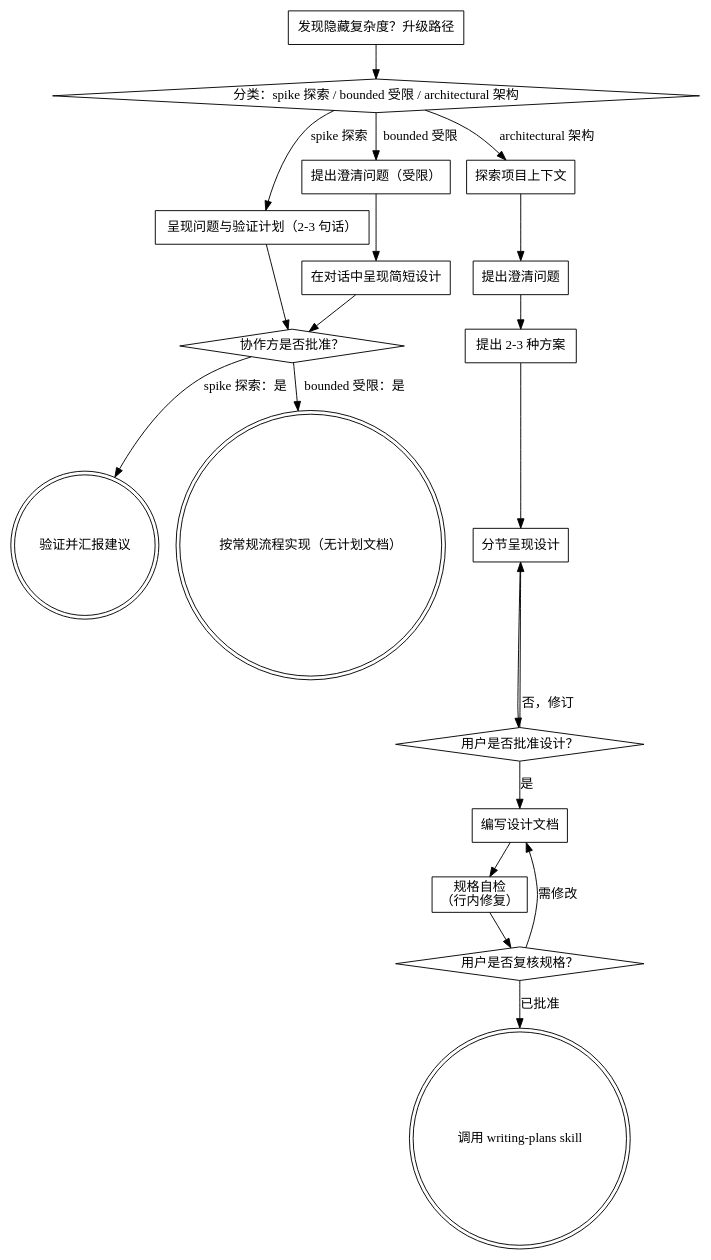
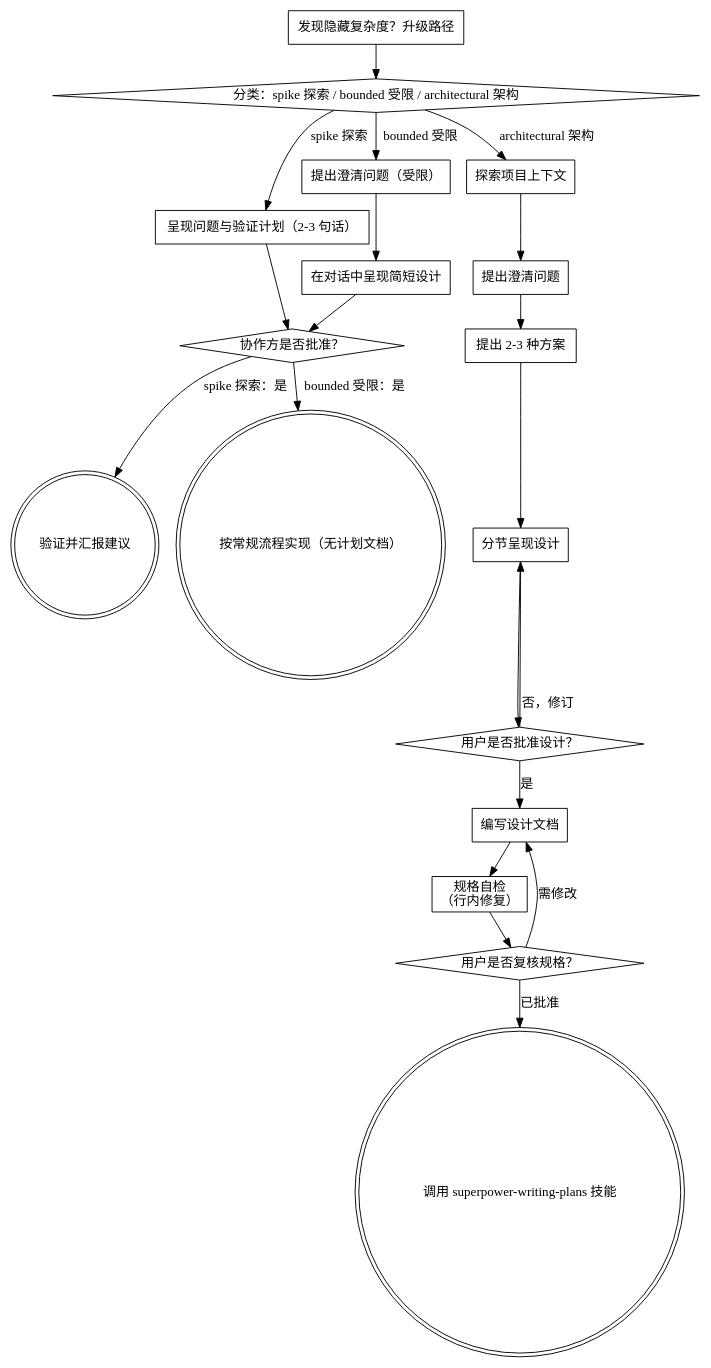
The diagram in skills/superpower-brainstorming/SKILL.md (Wenaixi/dsh-superpower), drawn with Graphviz before and after one commit. The commit also changed other lines of this file and 13 other files, not shown here.

````diff
--- a/skills/superpower-brainstorming/SKILL.md
+++ b/skills/superpower-brainstorming/SKILL.md
@@ -73,41 +73,41 @@
 ```dot
 digraph brainstorming {
     "分类：spike 探索 / bounded 受限 / architectural 架构" [shape=diamond];
     "呈现问题与验证计划（2-3 句话）" [shape=box];
     "提出澄清问题（受限）" [shape=box];
     "在对话中呈现简短设计" [shape=box];
     "协作方是否批准？" [shape=diamond];
     "验证并汇报建议" [shape=doublecircle];
     "按常规流程实现（无计划文档）" [shape=doublecircle];
     "探索项目上下文" [shape=box];
     "提出澄清问题" [shape=box];
     "提出 2-3 种方案" [shape=box];
     "分节呈现设计" [shape=box];
     "用户是否批准设计？" [shape=diamond];
     "编写设计文档" [shape=box];
     "规格自检\n（行内修复）" [shape=box];
     "用户是否复核规格？" [shape=diamond];
-    "调用 writing-plans skill" [shape=doublecircle];
+    "调用 superpower-writing-plans 技能" [shape=doublecircle];
     "发现隐藏复杂度？升级路径" [shape=box];
 
     "分类：spike 探索 / bounded 受限 / architectural 架构" -> "呈现问题与验证计划（2-3 句话）" [label="spike 探索"];
     "分类：spike 探索 / bounded 受限 / architectural 架构" -> "提出澄清问题（受限）" [label="bounded 受限"];
     "分类：spike 探索 / bounded 受限 / architectural 架构" -> "探索项目上下文" [label="architectural 架构"];
     "呈现问题与验证计划（2-3 句话）" -> "协作方是否批准？";
     "提出澄清问题（受限）" -> "在对话中呈现简短设计";
     "在对话中呈现简短设计" -> "协作方是否批准？";
     "协作方是否批准？" -> "验证并汇报建议" [label="spike 探索：是"];
     "协作方是否批准？" -> "按常规流程实现（无计划文档）" [label="bounded 受限：是"];
     "发现隐藏复杂度？升级路径" -> "分类：spike 探索 / bounded 受限 / architectural 架构";
     "探索项目上下文" -> "提出澄清问题";
     "提出澄清问题" -> "提出 2-3 种方案";
     "提出 2-3 种方案" -> "分节呈现设计";
     "分节呈现设计" -> "用户是否批准设计？";
     "用户是否批准设计？" -> "分节呈现设计" [label="否，修订"];
     "用户是否批准设计？" -> "编写设计文档" [label="是"];
     "编写设计文档" -> "规格自检\n（行内修复）";
     "规格自检\n（行内修复）" -> "用户是否复核规格？";
     "用户是否复核规格？" -> "编写设计文档" [label="需修改"];
-    "用户是否复核规格？" -> "调用 writing-plans skill" [label="已批准"];
+    "用户是否复核规格？" -> "调用 superpower-writing-plans 技能" [label="已批准"];
 }
 ```
````
